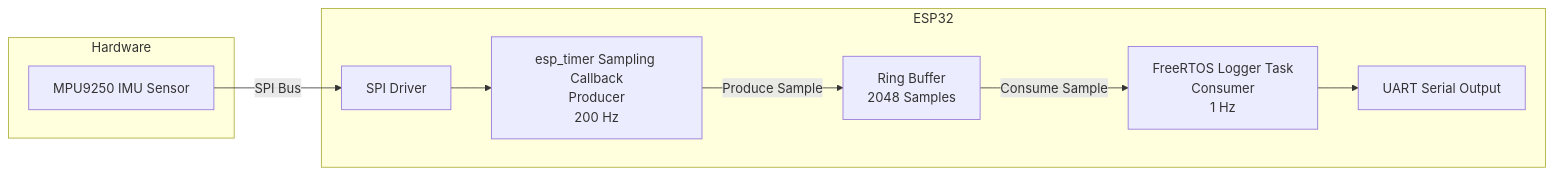
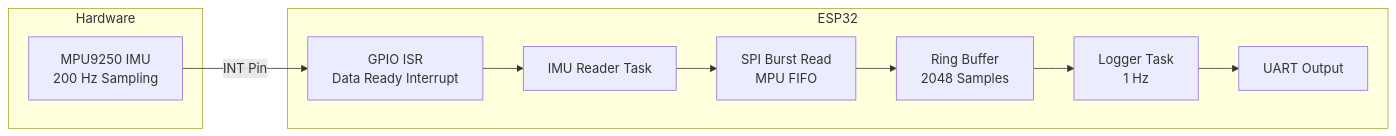
Before and after one commit to shraddhasoudagar27-ui/imu-fifo-esp32-spi: the diagram in README.md, drawn with Mermaid. The commit also changed other lines of this file, not shown here.

````diff
--- a/README.md
+++ b/README.md
@@ -167,21 +65,23 @@
 ```mermaid
 flowchart LR
 
 subgraph Hardware
-IMU[MPU9250 IMU Sensor]
+IMU[MPU9250 IMU<br>200 Hz Sampling]
 end
 
 subgraph ESP32
-SPI[SPI Driver]
-Timer[esp_timer Sampling Callback<br>Producer<br>200 Hz]
+ISR[GPIO ISR<br>Data Ready Interrupt]
+Reader[IMU Reader Task]
+SPI[SPI Burst Read<br>MPU FIFO]
 Buffer[Ring Buffer<br>2048 Samples]
-Logger[FreeRTOS Logger Task<br>Consumer<br>1 Hz]
-UART[UART Serial Output]
+Logger[Logger Task<br>1 Hz]
+UART[UART Output]
 end
 
-IMU -->|SPI Bus| SPI
-SPI --> Timer
-Timer -->|Produce Sample| Buffer
-Buffer -->|Consume Sample| Logger
+IMU -->|INT Pin| ISR
+ISR --> Reader
+Reader --> SPI
+SPI --> Buffer
+Buffer --> Logger
 Logger --> UART
 ```
````
